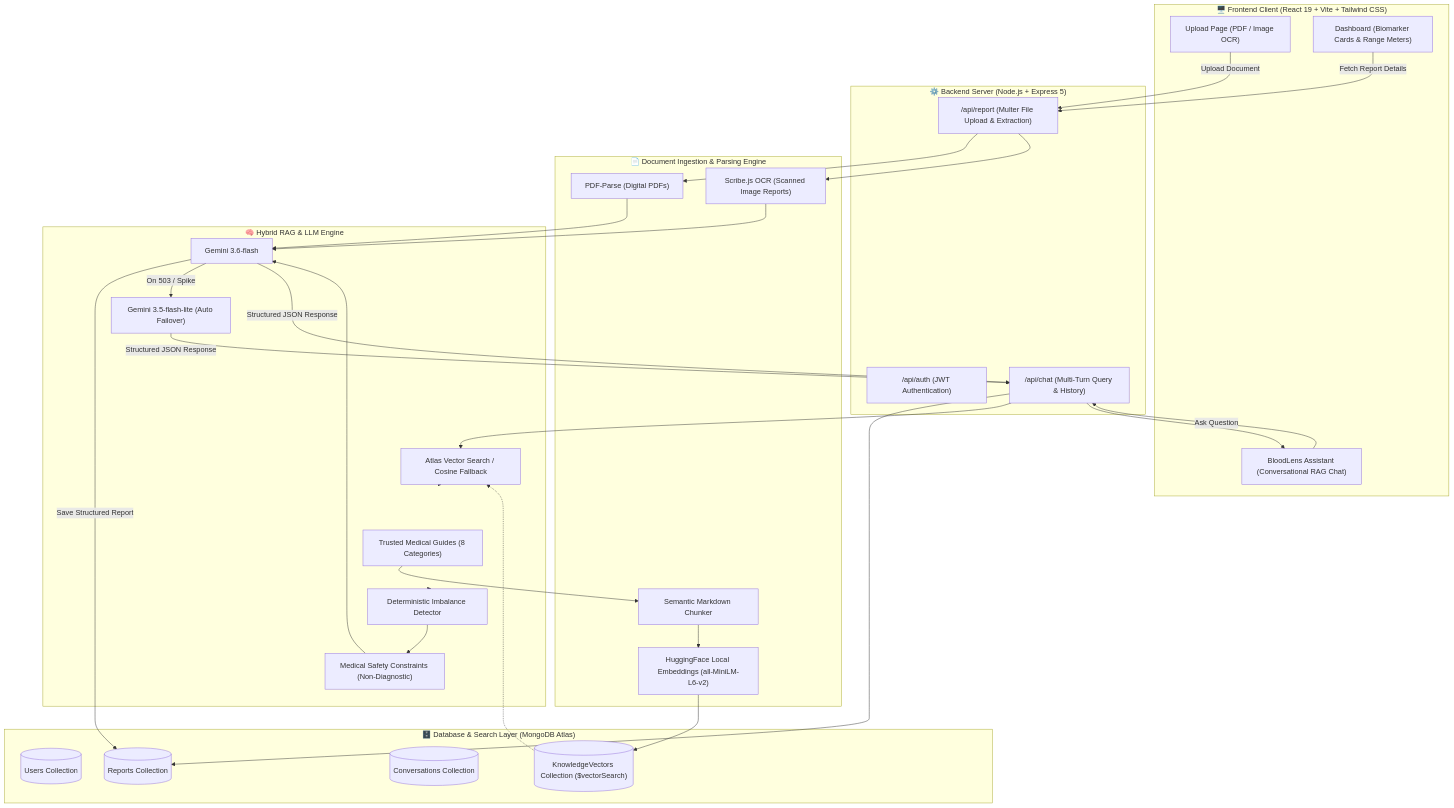
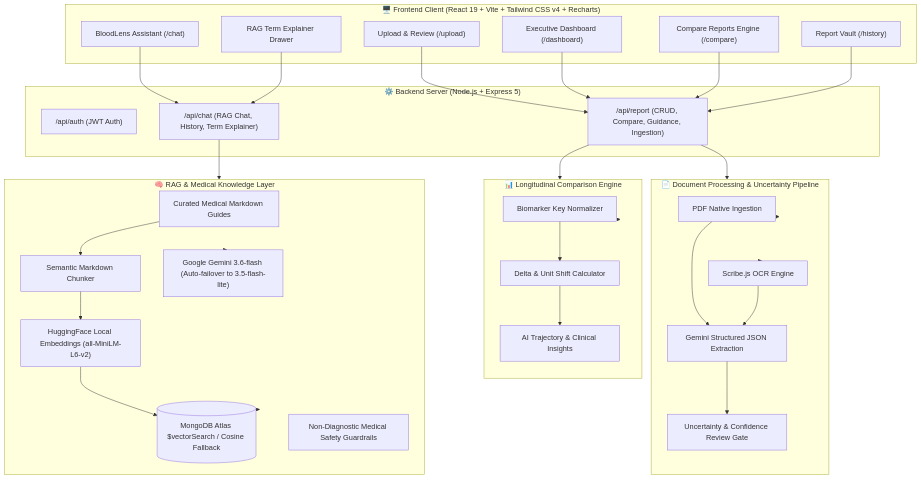
Before and after one commit to Dnyaneshwar-dnyanu/AI_Blood_Report_Analyzer: the diagram in README.md, drawn with Mermaid. The commit also changed other lines of this file and 11 other files, not shown here.

Commit message:
feat(ui): elevate BloodLens to OG modern theme with ambient glow, micro-animations, glassmorphism, and comprehensive README documentation

````diff
--- a/README.md
+++ b/README.md
@@ -46,63 +79,59 @@
 ```mermaid
 flowchart TD
-    subgraph Client["🖥️ Frontend Client (React 19 + Vite + Tailwind CSS)"]
-        UI_Upload["Upload Page (PDF / Image OCR)"]
-        UI_Dash["Dashboard (Biomarker Cards & Range Meters)"]
-        UI_Chat["BloodLens Assistant (Conversational RAG Chat)"]
+    subgraph Client["🖥️ Frontend Client (React 19 + Vite + Tailwind CSS v4 + Recharts)"]
+        UI_Upload["Upload & Review (/upload)"]
+        UI_Dash["Executive Dashboard (/dashboard)"]
+        UI_Compare["Compare Reports Engine (/compare)"]
+        UI_Vault["Report Vault (/history)"]
+        UI_Chat["BloodLens Assistant (/chat)"]
+        UI_Drawer["RAG Term Explainer Drawer"]
     end
 
-    subgraph API_Gateway["⚙️ Backend Server (Node.js + Express 5)"]
-        Routes_Auth["/api/auth (JWT Authentication)"]
-        Routes_Report["/api/report (Multer File Upload & Extraction)"]
-        Routes_Chat["/api/chat (Multi-Turn Query & History)"]
+    subgraph API["⚙️ Backend Server (Node.js + Express 5)"]
+        Routes_Auth["/api/auth (JWT Auth)"]
+        Routes_Report["/api/report (CRUD, Compare, Guidance, Ingestion)"]
+        Routes_Chat["/api/chat (RAG Chat, History, Term Explainer)"]
     end
 
-    subgraph Extraction_Pipeline["📄 Document Ingestion & Parsing Engine"]
-        Parser_PDF["PDF-Parse (Digital PDFs)"]
-        Parser_OCR["Scribe.js OCR (Scanned Image Reports)"]
+    subgraph Ingestion["📄 Document Processing & Uncertainty Pipeline"]
+        PDF["PDF Native Ingestion"]
+        OCR["Scribe.js OCR Engine"]
+        Extractor["Gemini Structured JSON Extraction"]
+        ReviewGate["Uncertainty & Confidence Review Gate"]
+    end
+
+    subgraph Comparison["📊 Longitudinal Comparison Engine"]
+        Normalizer["Biomarker Key Normalizer"]
+        DeltaEngine["Delta & Unit Shift Calculator"]
+        TrajectoryLLM["AI Trajectory & Clinical Insights"]
+    end
+
+    subgraph RAG_Engine["🧠 RAG & Medical Knowledge Layer"]
+        KB["Curated Medical Markdown Guides"]
         Chunker["Semantic Markdown Chunker"]
         Embedder["HuggingFace Local Embeddings (all-MiniLM-L6-v2)"]
+        VectorDB[("MongoDB Atlas $vectorSearch / Cosine Fallback")]
+        LLM["Google Gemini 3.6-flash (Auto-failover to 3.5-flash-lite)"]
+        Guardrails["Non-Diagnostic Medical Safety Guardrails"]
     end
 
-    subgraph Database_Layer["🗄️ Database & Search Layer (MongoDB Atlas)"]
-        DB_Users[("Users Collection")]
-        DB_Reports[("Reports Collection")]
-        DB_Conv[("Conversations Collection")]
-        DB_Vectors[("KnowledgeVectors Collection ($vectorSearch)")]
-    end
+    %% Wiring
+    UI_Upload --> Routes_Report
+    UI_Dash --> Routes_Report
+    UI_Compare --> Routes_Report
+    UI_Vault --> Routes_Report
+    UI_Chat --> Routes_Chat
+    UI_Drawer --> Routes_Chat
 
-    subgraph RAG_Engine["🧠 Hybrid RAG & LLM Engine"]
-        KB_Docs["Trusted Medical Guides (8 Categories)"]
-        Vector_Retrieval["Atlas Vector Search / Cosine Fallback"]
-        Imbalance_Detector["Deterministic Imbalance Detector"]
-        LLM_Chat["Gemini 3.6-flash"]
-        LLM_Fallback["Gemini 3.5-flash-lite (Auto Failover)"]
-        Guardrails["Medical Safety Constraints (Non-Diagnostic)"]
-    end
+    Routes_Report --> Ingestion
+    Ingestion --> PDF & OCR
+    PDF & OCR --> Extractor --> ReviewGate
 
-    %% Flow connections
-    UI_Upload -->|Upload Document| Routes_Report
-    UI_Dash -->|Fetch Report Details| Routes_Report
-    UI_Chat -->|Ask Question| Routes_Chat
+    Routes_Report --> Comparison
+    Comparison --> Normalizer --> DeltaEngine --> TrajectoryLLM
 
-    Routes_Report --> Parser_PDF
-    Routes_Report --> Parser_OCR
-    Parser_PDF --> LLM_Chat
-    Parser_OCR --> LLM_Chat
-    LLM_Chat -->|Save Structured Report| DB_Reports
-
-    KB_Docs --> Chunker --> Embedder --> DB_Vectors
-
-    Routes_Chat --> DB_Reports
-    Routes_Chat --> Vector_Retrieval
-    DB_Vectors -.-> Vector_Retrieval
-    Vector_Retrieval --> RAG_Engine
-
-    RAG_Engine --> Imbalance_Detector
-    Imbalance_Detector --> Guardrails
-    Guardrails --> LLM_Chat
-    LLM_Chat -->|On 503 / Spike| LLM_Fallback
-    LLM_Chat -->|Structured JSON Response| Routes_Chat
-    LLM_Fallback -->|Structured JSON Response| Routes_Chat
-    Routes_Chat --> UI_Chat
+    Routes_Chat --> RAG_Engine
+    KB --> Chunker --> Embedder --> VectorDB
+    VectorDB --> RAG_Engine
+    RAG_Engine --> LLM
 ```
````
